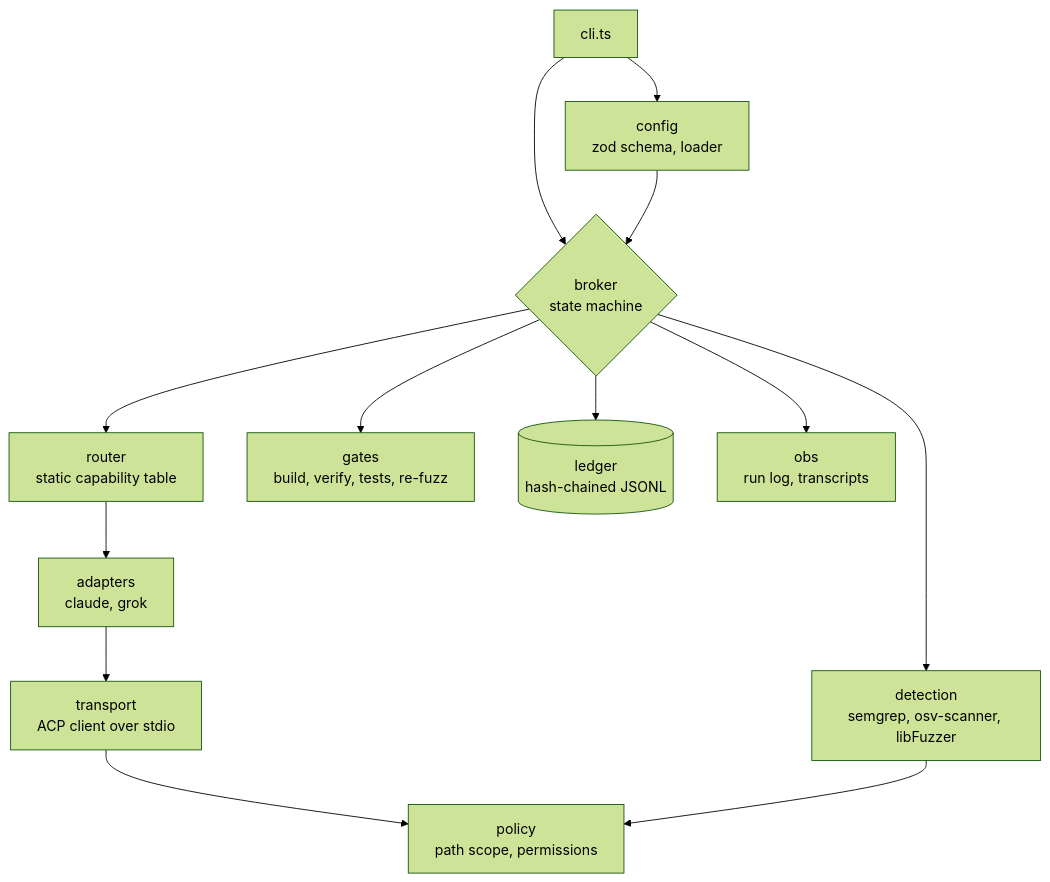
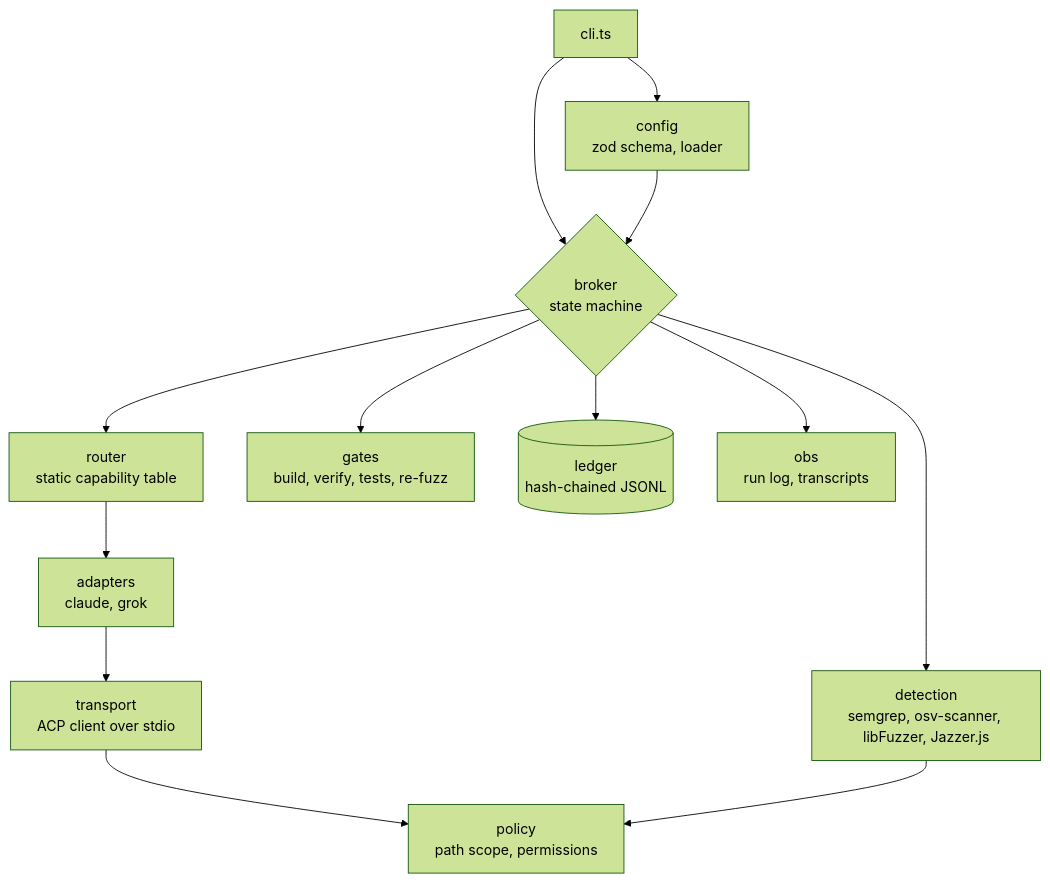
The first of 2 diagrams in docs/architecture.md (moonrunnerkc/crossfire), drawn with Mermaid (forest theme) before and after one commit. The commit also changed other lines of this file and 53 other files, not shown here.

````diff
--- a/docs/architecture.md
+++ b/docs/architecture.md
@@ -7,15 +7,15 @@
 ```mermaid
 flowchart TB
   CLI[cli.ts] --> CFG[config<br/>zod schema, loader]
   CLI --> BRK
   CFG --> BRK{broker<br/>state machine}
-  BRK --> DET[detection<br/>semgrep, osv-scanner, libFuzzer]
+  BRK --> DET[detection<br/>semgrep, osv-scanner, libFuzzer, Jazzer.js]
   BRK --> RTR[router<br/>static capability table]
   RTR --> ADP[adapters<br/>claude, grok]
   ADP --> TRN[transport<br/>ACP client over stdio]
   TRN --> POL[policy<br/>path scope, permissions]
   DET --> POL
   BRK --> GAT[gates<br/>build, verify, tests, re-fuzz]
   BRK --> LED[(ledger<br/>hash-chained JSONL)]
   BRK --> OBS[obs<br/>run log, transcripts]
 ```
````
